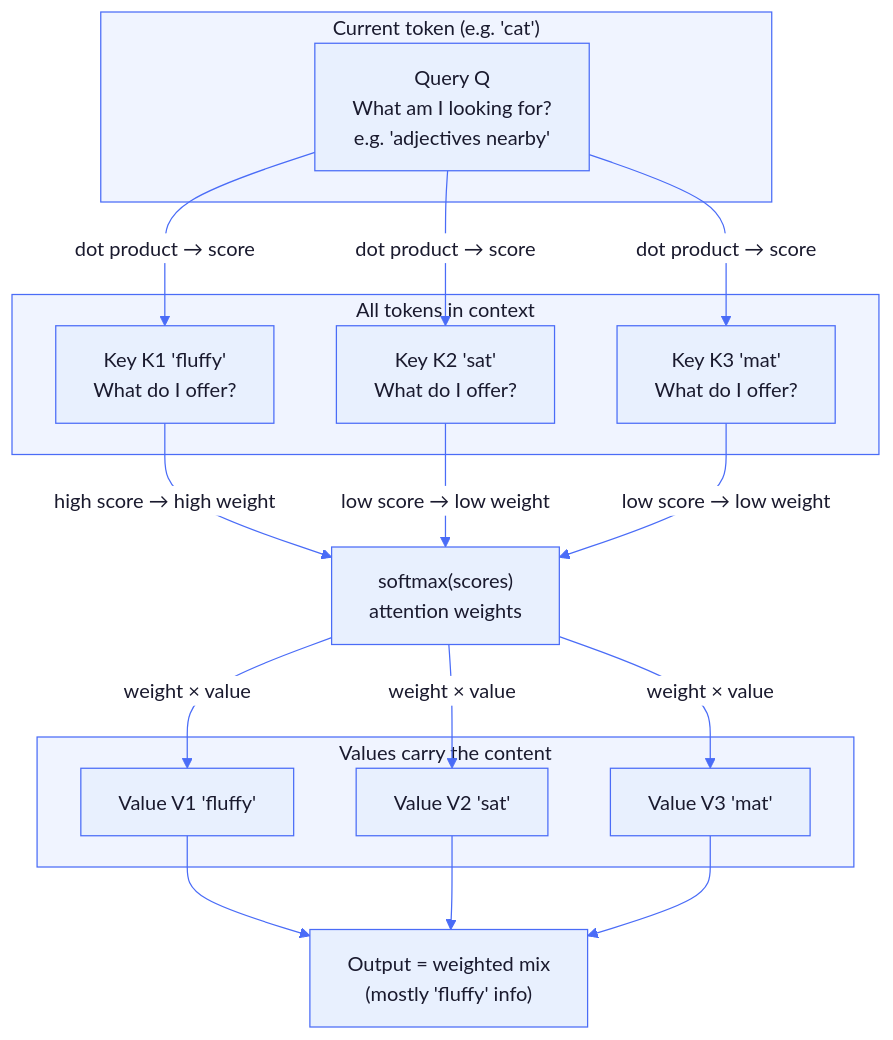
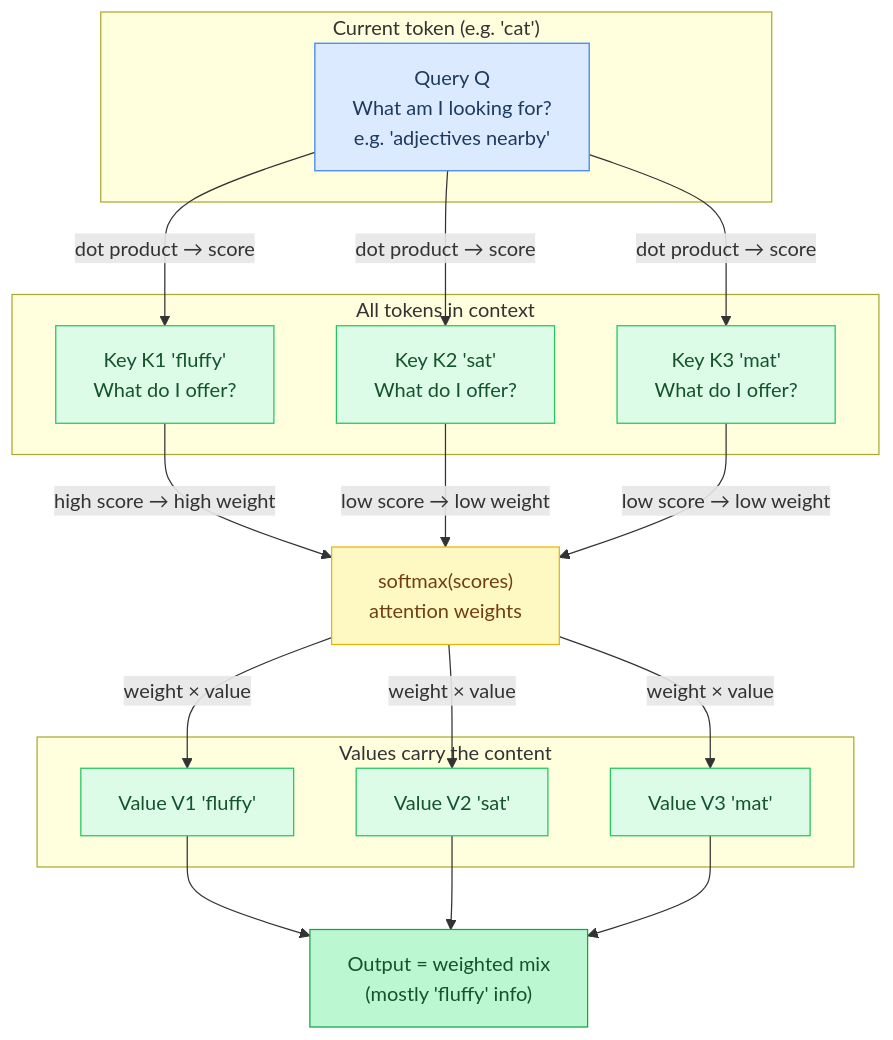
Before and after one commit to maci0/agave: the second of 8 diagrams in docs/tutorial/appendix-math.md, drawn with Mermaid. The commit also changed other lines of this file and 24 other files, not shown here.

First line of the commit message:
docs: convert all mermaid diagrams to classDef semantic colors

````diff
--- a/docs/tutorial/appendix-math.md
+++ b/docs/tutorial/appendix-math.md
@@ -140,48 +134,44 @@
 ```mermaid
-%%{init: {'theme': 'base', 'themeVariables': {
-  'primaryColor': '#e8f0fe',
-  'primaryTextColor': '#1a1a2e',
-  'primaryBorderColor': '#4a6cf7',
-  'lineColor': '#4a6cf7',
-  'secondaryColor': '#f0f4ff',
-  'tertiaryColor': '#f8f9ff',
-  'edgeLabelBackground': '#ffffff',
-  'clusterBkg': '#f0f4ff',
-  'clusterBorder': '#4a6cf7',
-  'titleColor': '#1a1a2e',
-  'nodeTextColor': '#1a1a2e',
-  'fontFamily': 'ui-monospace, SFMono-Regular, monospace'
-}}}%%
 flowchart TD
+    classDef setup     fill:#dbeafe,stroke:#3b82f6,color:#1e3a5f
+    classDef sync      fill:#dcfce7,stroke:#22c55e,color:#14532d
+    classDef migration fill:#fef9c3,stroke:#eab308,color:#713f12
+    classDef success   fill:#bbf7d0,stroke:#16a34a,color:#14532d
+    classDef danger    fill:#fee2e2,stroke:#ef4444,color:#7f1d1d
+    classDef optional  fill:#f3e8ff,stroke:#9333ea,color:#581c87
+
+    Softmax["softmax(scores)\nattention weights"]:::migration
+    Output["Output = weighted mix\n(mostly 'fluffy' info)"]:::success
+
     subgraph Current["Current token (e.g. 'cat')"]
-        Q["Query Q\nWhat am I looking for?\ne.g. 'adjectives nearby'"]
+        Q["Query Q\nWhat am I looking for?\ne.g. 'adjectives nearby'"]:::setup
     end
 
     subgraph Context["All tokens in context"]
-        K1["Key K1 'fluffy'\nWhat do I offer?"]
-        K2["Key K2 'sat'\nWhat do I offer?"]
-        K3["Key K3 'mat'\nWhat do I offer?"]
+        K1["Key K1 'fluffy'\nWhat do I offer?"]:::sync
+        K2["Key K2 'sat'\nWhat do I offer?"]:::sync
+        K3["Key K3 'mat'\nWhat do I offer?"]:::sync
     end
 
     Q -->|"dot product → score"| K1
     Q -->|"dot product → score"| K2
     Q -->|"dot product → score"| K3
 
-    K1 -->|"high score → high weight"| Softmax["softmax(scores)\nattention weights"]
+    K1 -->|"high score → high weight"| Softmax
     K2 -->|"low score → low weight"| Softmax
     K3 -->|"low score → low weight"| Softmax
 
     subgraph Values["Values carry the content"]
-        V1["Value V1 'fluffy'"]
-        V2["Value V2 'sat'"]
-        V3["Value V3 'mat'"]
+        V1["Value V1 'fluffy'"]:::sync
+        V2["Value V2 'sat'"]:::sync
+        V3["Value V3 'mat'"]:::sync
     end
 
     Softmax -->|"weight × value"| V1
     Softmax -->|"weight × value"| V2
     Softmax -->|"weight × value"| V3
 
-    V1 --> Output["Output = weighted mix\n(mostly 'fluffy' info)"]
+    V1 --> Output
     V2 --> Output
     V3 --> Output
 ```
````
